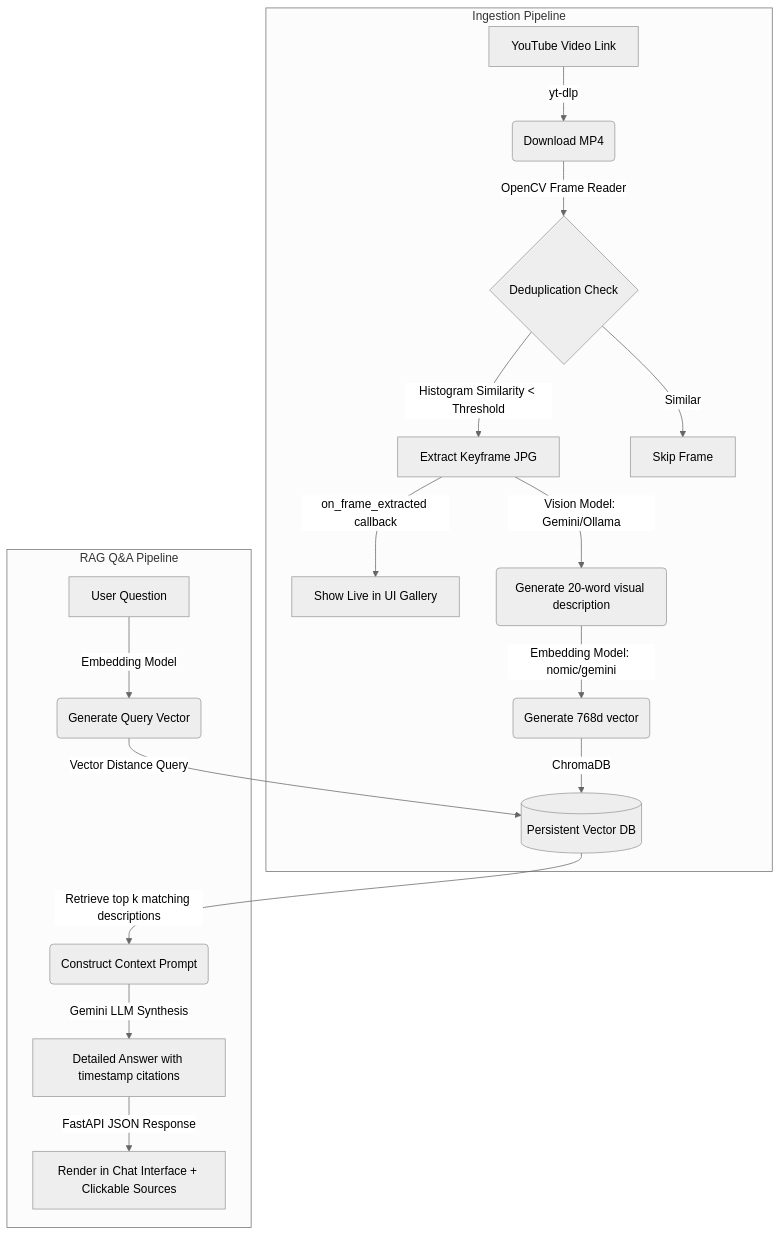
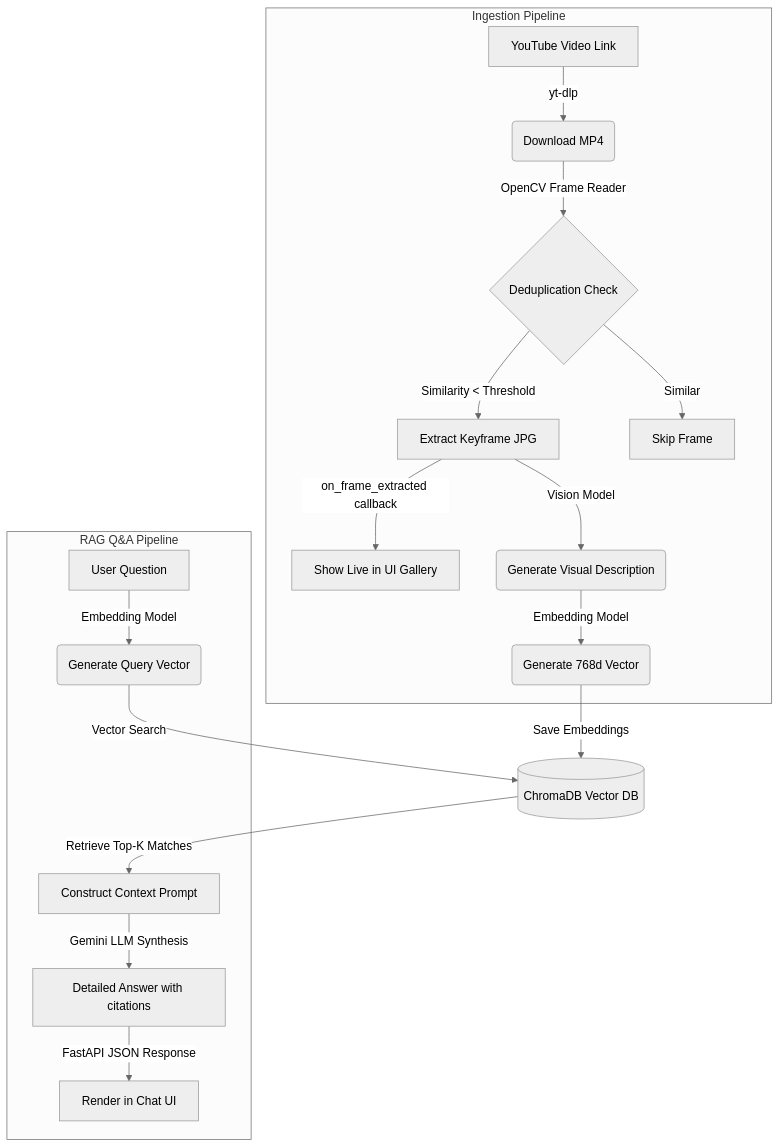
One commit to himanshuz-bharti/video-rag changed the diagram in README.md. Above: the diagram before and after it, drawn with Mermaid (neutral theme).

Commit message:
docs: Fix Mermaid diagram syntax and layout in README

````diff
--- a/README.md
+++ b/README.md
@@ -26,21 +26,23 @@
 ```mermaid
 graph TD
-    subgraph Ingestion Pipeline
-        A[YouTube Video Link] -->|yt-dlp| B(Download MP4)
-        B -->|OpenCV Frame Reader| C{Deduplication Check}
-        C -->|Histogram Similarity < Threshold| D[Extract Keyframe JPG]
-        C -->|Similar| E[Skip Frame]
-        D -->|on_frame_extracted callback| F[Show Live in UI Gallery]
-        D -->|Vision Model: Gemini/Ollama| G(Generate 20-word visual description)
-        G -->|Embedding Model: nomic/gemini| H(Generate 768d vector)
-        H -->|ChromaDB| I[(Persistent Vector DB)]
+    subgraph Ingestion["Ingestion Pipeline"]
+        A["YouTube Video Link"] -->|"yt-dlp"| B("Download MP4")
+        B -->|"OpenCV Frame Reader"| C{"Deduplication Check"}
+        C -->|"Similarity < Threshold"| D["Extract Keyframe JPG"]
+        C -->|"Similar"| E["Skip Frame"]
+        D -->|"on_frame_extracted callback"| F["Show Live in UI Gallery"]
+        D -->|"Vision Model"| G("Generate Visual Description")
+        G -->|"Embedding Model"| H("Generate 768d Vector")
     end
-    
-    subgraph RAG Q&A Pipeline
-        J[User Question] -->|Embedding Model| K(Generate Query Vector)
-        K -->|Vector Distance Query| I
-        I -->|Retrieve top k matching descriptions| L(Construct Context Prompt)
-        L -->|Gemini LLM Synthesis| M[Detailed Answer with timestamp citations]
-        M -->|FastAPI JSON Response| N[Render in Chat Interface + Clickable Sources]
+
+    H -->|"Save Embeddings"| I[("ChromaDB Vector DB")]
+
+    subgraph QAPipeline["RAG Q&A Pipeline"]
+        J["User Question"] -->|"Embedding Model"| K("Generate Query Vector")
+        L["Construct Context Prompt"] -->|"Gemini LLM Synthesis"| M["Detailed Answer with citations"]
+        M -->|"FastAPI JSON Response"| N["Render in Chat UI"]
     end
+
+    K -->|"Vector Search"| I
+    I -->|"Retrieve Top-K Matches"| L
 ```
````
